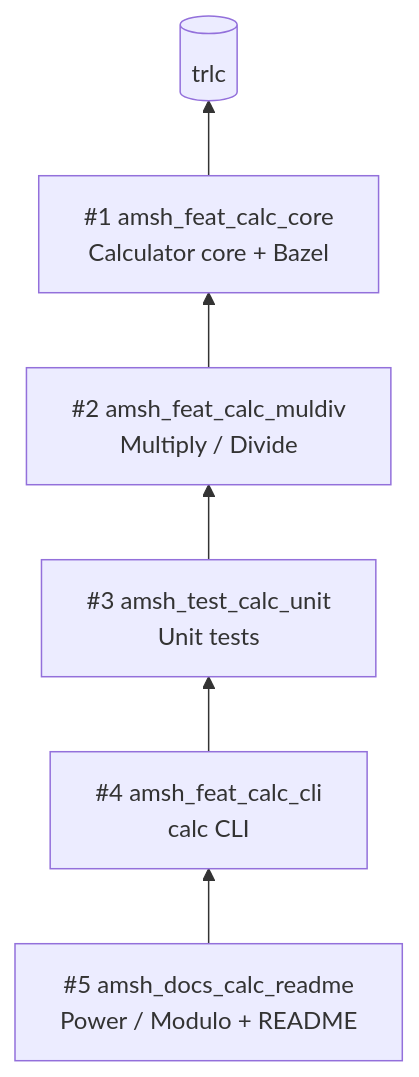
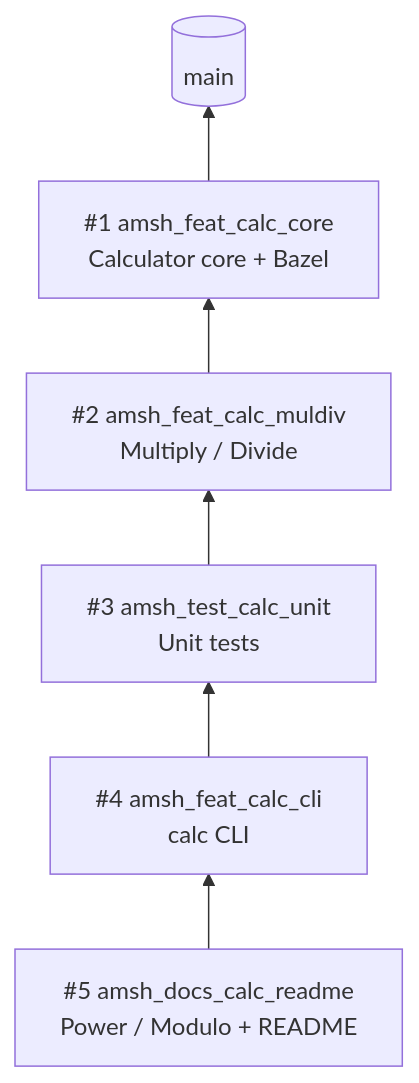
One commit to AAmbuj/PR_Feature changed the diagram in README.md. Above: the diagram before and after it, drawn with Mermaid. The commit also changed other lines of this file, not shown here.

First line of the commit message:
docs: rename default branch references from trlc to main

````diff
--- a/README.md
+++ b/README.md
@@ -49,8 +49,8 @@
 ```mermaid
 flowchart BT
-    PR1["#1 amsh_feat_calc_core<br/>Calculator core + Bazel"] --> trlc[(trlc)]
+    PR1["#1 amsh_feat_calc_core<br/>Calculator core + Bazel"] --> main[(main)]
     PR2["#2 amsh_feat_calc_muldiv<br/>Multiply / Divide"] --> PR1
     PR3["#3 amsh_test_calc_unit<br/>Unit tests"] --> PR2
     PR4["#4 amsh_feat_calc_cli<br/>calc CLI"] --> PR3
     PR5["#5 amsh_docs_calc_readme<br/>Power / Modulo + README"] --> PR4
 ```
````
